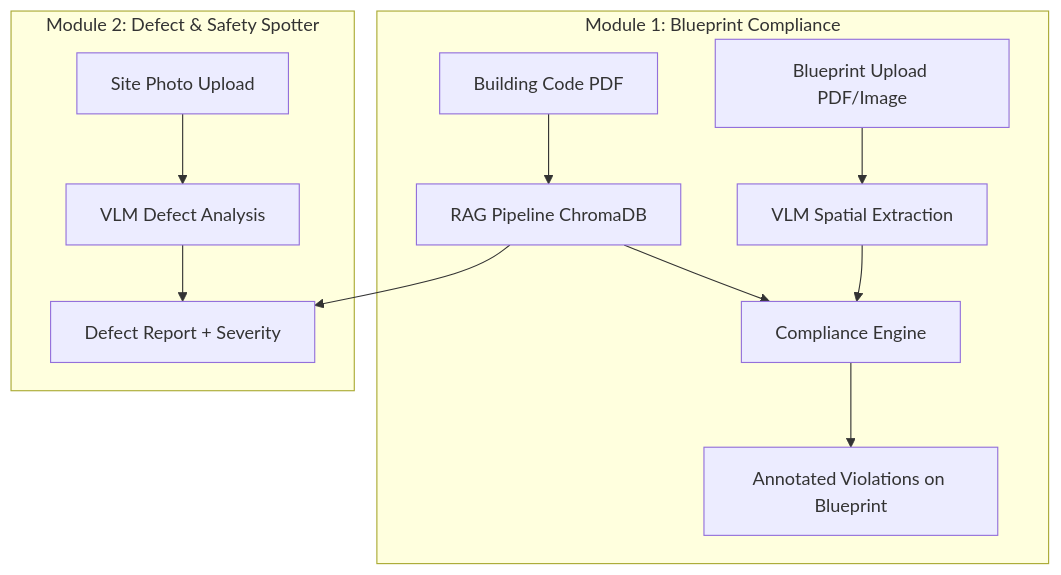
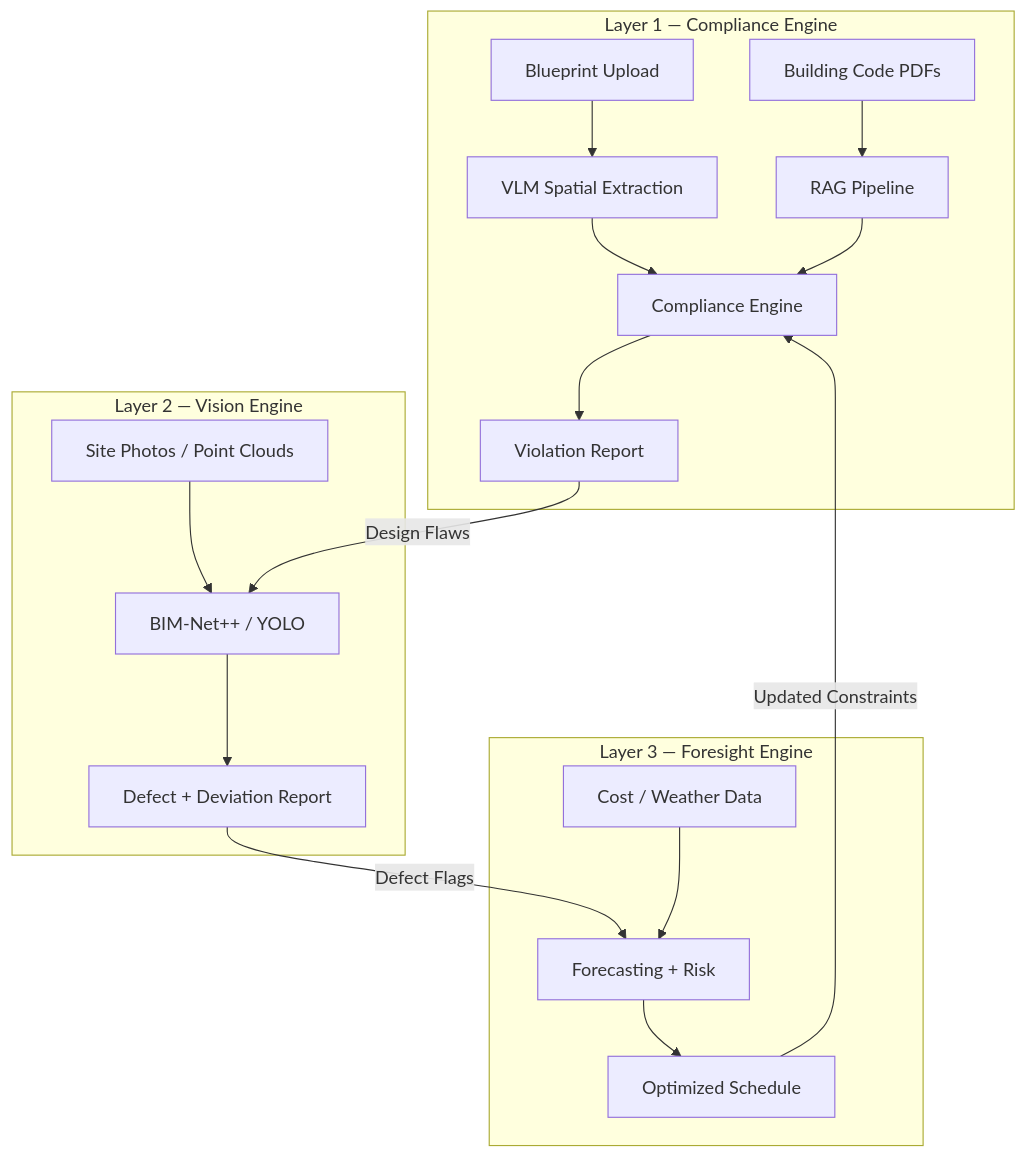
The diagram in README.md (om-is-inert/KAYA-Hackathon-SafeSite-AI), drawn with Mermaid before and after one commit. The commit also changed other lines of this file and 21 other files, not shown here.

Commit message:
feat: implement SafeSite AI v3 3-Layer System with complete Notion UI redesign

````diff
--- a/README.md
+++ b/README.md
@@ -26,16 +47,24 @@
 ```mermaid
 graph TB
-    subgraph "Module 1: Blueprint Compliance"
-        A[Blueprint Upload PDF/Image] --> B[VLM Spatial Extraction]
-        C[Building Code PDF] --> D[RAG Pipeline ChromaDB]
+    subgraph "Layer 1 — Compliance Engine"
+        A[Blueprint Upload] --> B[VLM Spatial Extraction]
+        C[Building Code PDFs] --> D[RAG Pipeline]
         B --> E[Compliance Engine]
         D --> E
-        E --> F[Annotated Violations on Blueprint]
+        E --> F[Violation Report]
     end
 
-    subgraph "Module 2: Defect & Safety Spotter"
-        G[Site Photo Upload] --> H[VLM Defect Analysis]
-        H --> I[Defect Report + Severity]
-        D --> I
+    subgraph "Layer 2 — Vision Engine"
+        G[Site Photos / Point Clouds] --> H[BIM-Net++ / YOLO]
+        H --> I[Defect + Deviation Report]
     end
+
+    subgraph "Layer 3 — Foresight Engine"
+        J[Cost / Weather Data] --> K[Forecasting + Risk]
+        K --> L[Optimized Schedule]
+    end
+
+    F -->|Design Flaws| H
+    I -->|Defect Flags| K
+    L -->|Updated Constraints| E
 ```
````
